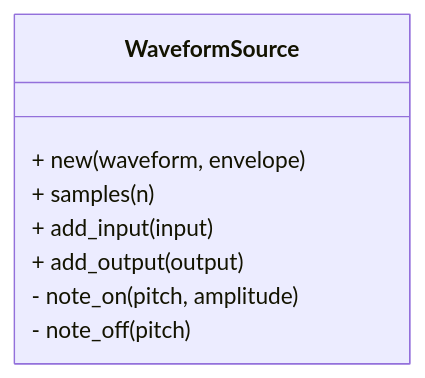
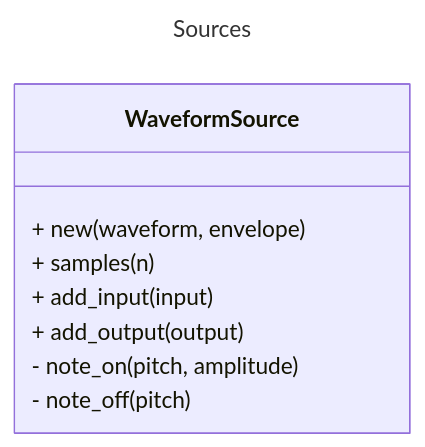
One commit to stefano-rasi/Synth changed the fourth of 5 diagrams in README.md. Above: the diagram before and after it, drawn with Mermaid. The commit also changed other lines of this file, not shown here.

````diff
--- a/README.md
+++ b/README.md
@@ -45,14 +54,17 @@
 ```mermaid
+---
+title: Sources
+---
 classDiagram
   class WaveformSource {
     + new(waveform, envelope)
 
     + samples(n)
 
     + add_input(input)
     + add_output(output)
 
     - note_on(pitch, amplitude)
     - note_off(pitch)
   }
 ```
````
